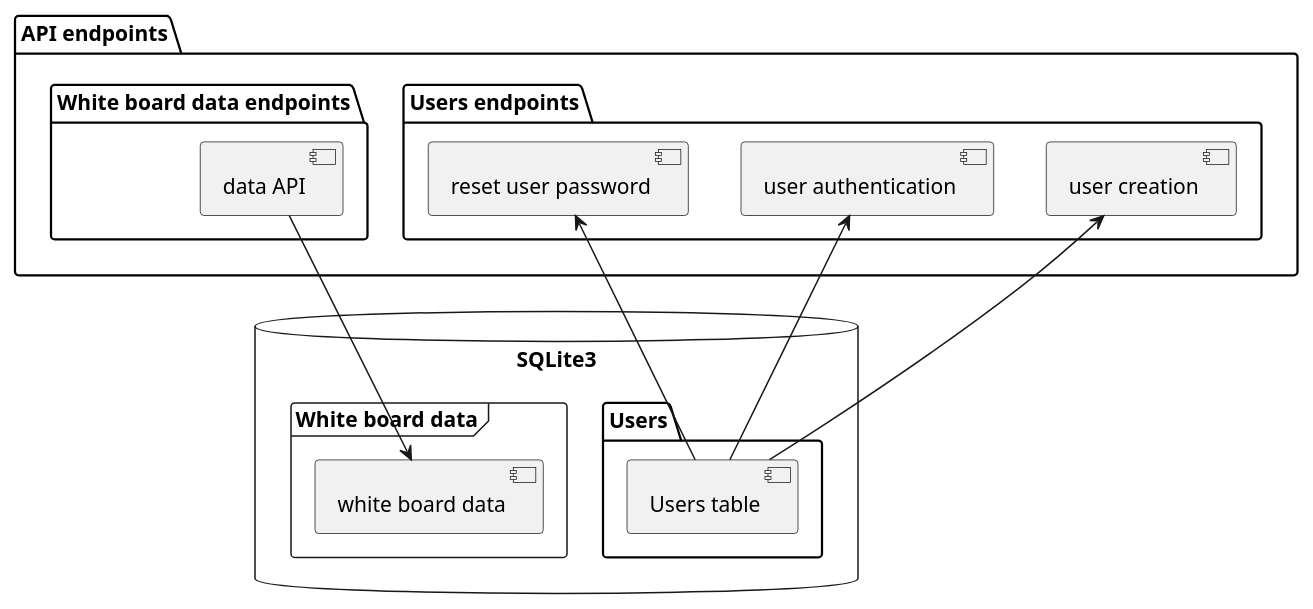
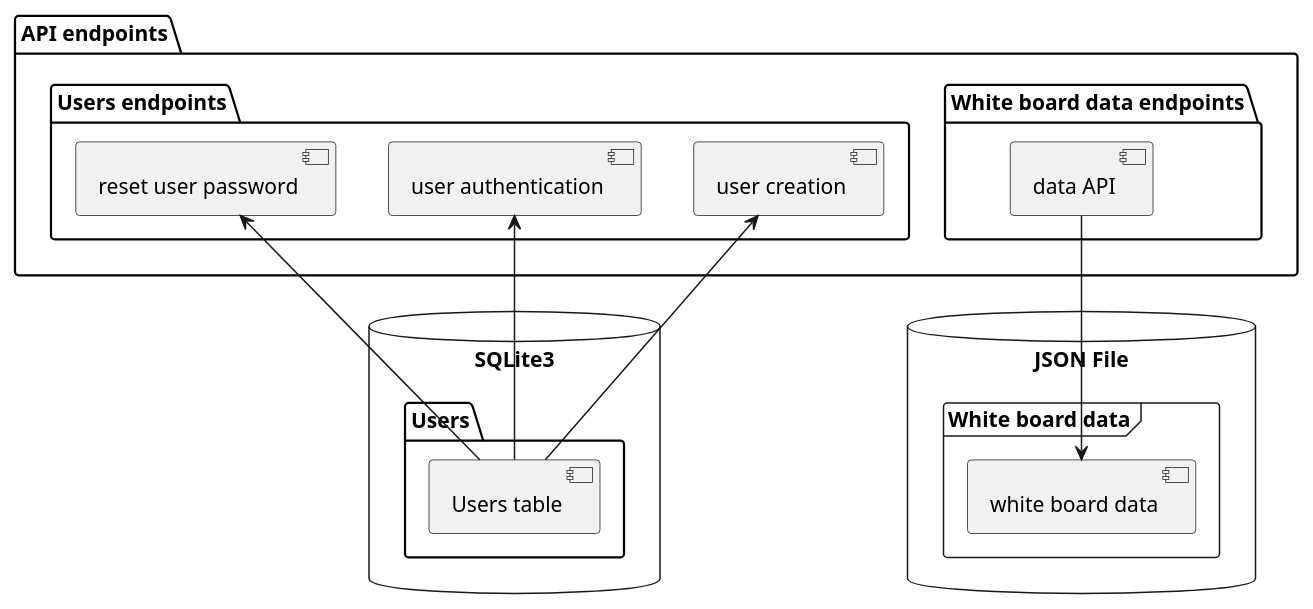
The diagram in VirtualWhiteBoard/backend/doc/backend_components.puml (DennisJensen96/CIC-Test), drawn with PlantUML before and after one commit. The commit also changed 8 other files, not shown here.

First line of the commit message:
Unit testing, white board API and readme update.

```diff
--- a/VirtualWhiteBoard/backend/doc/backend_components.puml
+++ b/VirtualWhiteBoard/backend/doc/backend_components.puml
@@ -2,36 +2,40 @@
 @startuml backend_components
 
 
 
 database "SQLite3" {
   folder "Users" {
     [Users table]
   }
-  frame "White board data" {
-    [white board data]
-  }
+  
 }
+
 
 package "API endpoints" {
     folder "Users endpoints" {
         [user creation]
         [user authentication]
         [reset user password]
     }
     folder "White board data endpoints" {
         [data API]
     }
 }
 
+database "JSON File" {
+  frame "White board data" {
+    [white board data]
+  }
+}
 
 ' User API
 [user creation] <-- [Users table]
 [user authentication] <-- [Users table]
 [reset user password] <-- [Users table]
 
 ' White board data
-[white board data] <-- [data API]
+[data API] --> [white board data]
 
 
 
 @enduml
```
